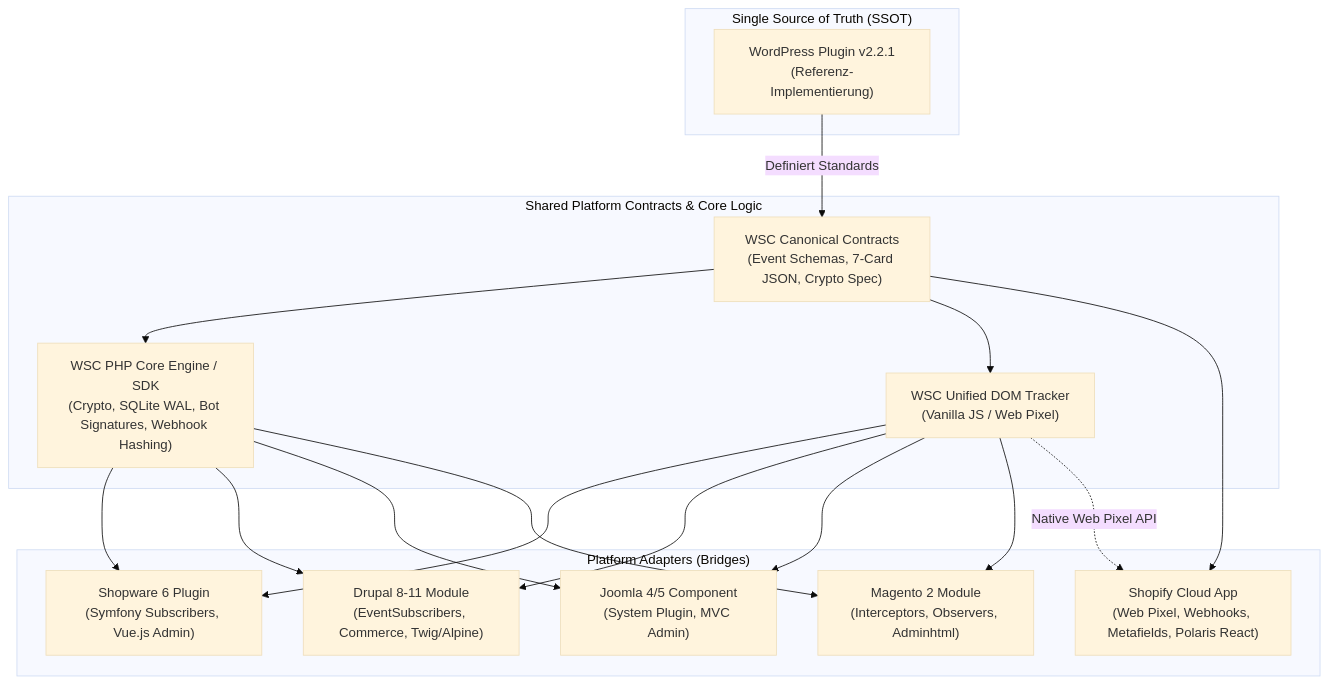
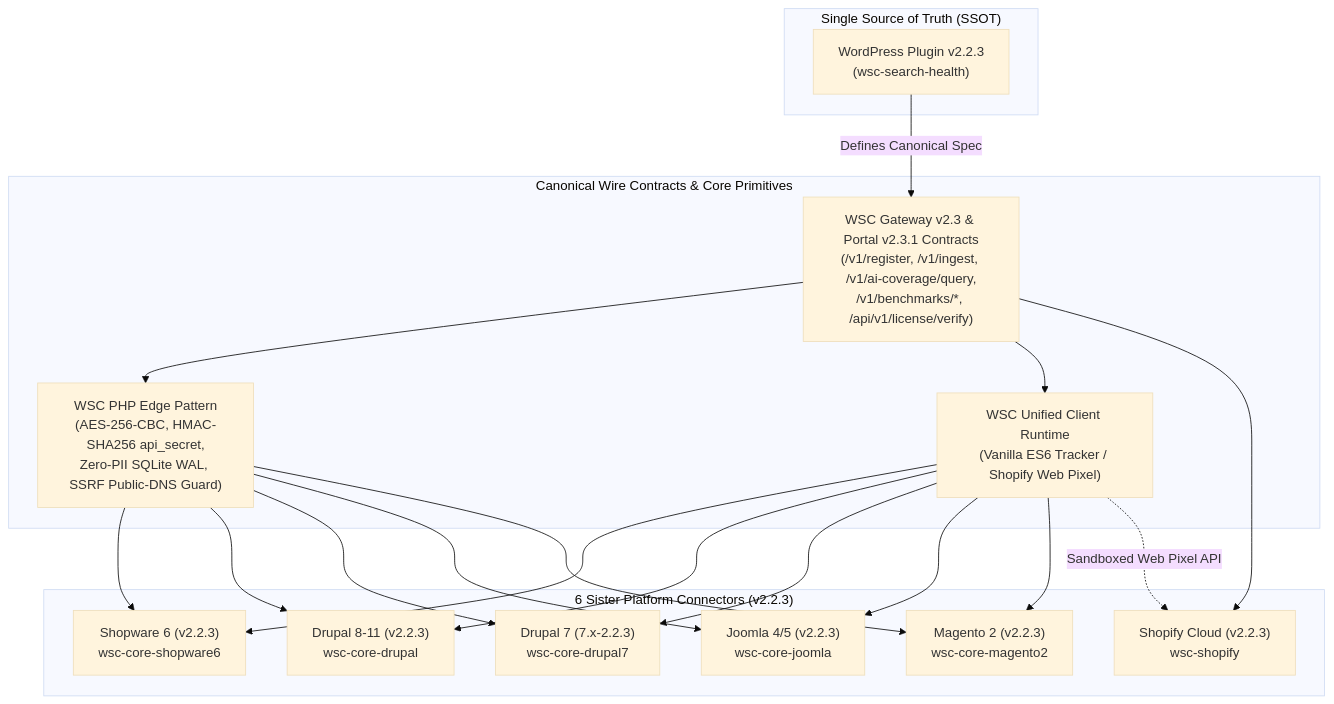
The diagram in rfcs/RFC-0005-cross-platform-matrix.md (World-Search-Council/wsc-standards), drawn with Mermaid (base theme) before and after one commit. The commit also changed other lines of this file and 1 other file, not shown here.

Commit message:
docs(rfcs): update RFC-0005 cross-platform matrix and RFC-0006 API reference to v2.2.3

````diff
--- a/rfcs/RFC-0005-cross-platform-matrix.md
+++ b/rfcs/RFC-0005-cross-platform-matrix.md
@@ -11,35 +15,38 @@
 ```mermaid
 graph TD
     subgraph "Single Source of Truth (SSOT)"
-        WP["WordPress Plugin v2.2.1\n(Referenz-Implementierung)"]
+        WP["WordPress Plugin v2.2.3\n(wsc-search-health)"]
     end
 
-    subgraph "Shared Platform Contracts & Core Logic"
-        Contracts["WSC Canonical Contracts\n(Event Schemas, 7-Card JSON, Crypto Spec)"]
-        PHPCore["WSC PHP Core Engine / SDK\n(Crypto, SQLite WAL, Bot Signatures, Webhook Hashing)"]
-        FEScript["WSC Unified DOM Tracker\n(Vanilla JS / Web Pixel)"]
+    subgraph "Canonical Wire Contracts & Core Primitives"
+        Contracts["WSC Gateway v2.3 & Portal v2.3.1 Contracts\n(/v1/register, /v1/ingest, /v1/ai-coverage/query,\n/v1/benchmarks/*, /api/v1/license/verify)"]
+        PHPCore["WSC PHP Edge Pattern\n(AES-256-CBC, HMAC-SHA256 api_secret,\nZero-PII SQLite WAL, SSRF Public-DNS Guard)"]
+        FEScript["WSC Unified Client Runtime\n(Vanilla ES6 Tracker / Shopify Web Pixel)"]
     end
 
-    WP -->|Definiert Standards| Contracts
+    WP -->|Defines Canonical Spec| Contracts
     Contracts --> PHPCore
     Contracts --> FEScript
 
-    subgraph "Platform Adapters (Bridges)"
-        SW6["Shopware 6 Plugin\n(Symfony Subscribers, Vue.js Admin)"]
-        SHOPIFY["Shopify Cloud App\n(Web Pixel, Webhooks, Metafields, Polaris React)"]
-        DRUPAL["Drupal 8-11 Module\n(EventSubscribers, Commerce, Twig/Alpine)"]
-        JOOMLA["Joomla 4/5 Component\n(System Plugin, MVC Admin)"]
-        MAGENTO["Magento 2 Module\n(Interceptors, Observers, Adminhtml)"]
+    subgraph "6 Sister Platform Connectors (v2.2.3)"
+        SW6["Shopware 6 (v2.2.3)\nwsc-core-shopware6"]
+        SHOPIFY["Shopify Cloud (v2.2.3)\nwsc-shopify"]
+        DRUPAL["Drupal 8-11 (v2.2.3)\nwsc-core-drupal"]
+        DRUPAL7["Drupal 7 (7.x-2.2.3)\nwsc-core-drupal7"]
+        JOOMLA["Joomla 4/5 (v2.2.3)\nwsc-core-joomla"]
+        MAGENTO["Magento 2 (v2.2.3)\nwsc-core-magento2"]
     end
 
     PHPCore --> SW6
     PHPCore --> DRUPAL
+    PHPCore --> DRUPAL7
     PHPCore --> JOOMLA
     PHPCore --> MAGENTO
     Contracts --> SHOPIFY
     FEScript --> SW6
     FEScript --> DRUPAL
+    FEScript --> DRUPAL7
     FEScript --> JOOMLA
     FEScript --> MAGENTO
-    FEScript -.->|Native Web Pixel API| SHOPIFY
+    FEScript -.->|Sandboxed Web Pixel API| SHOPIFY
 ```
````
